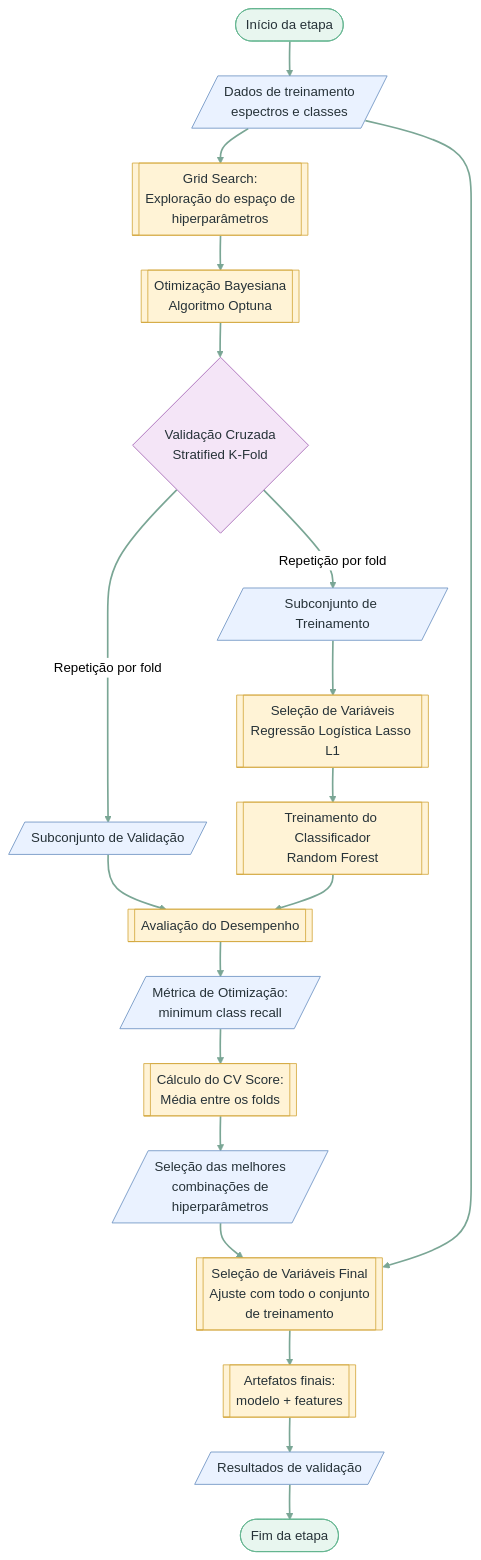
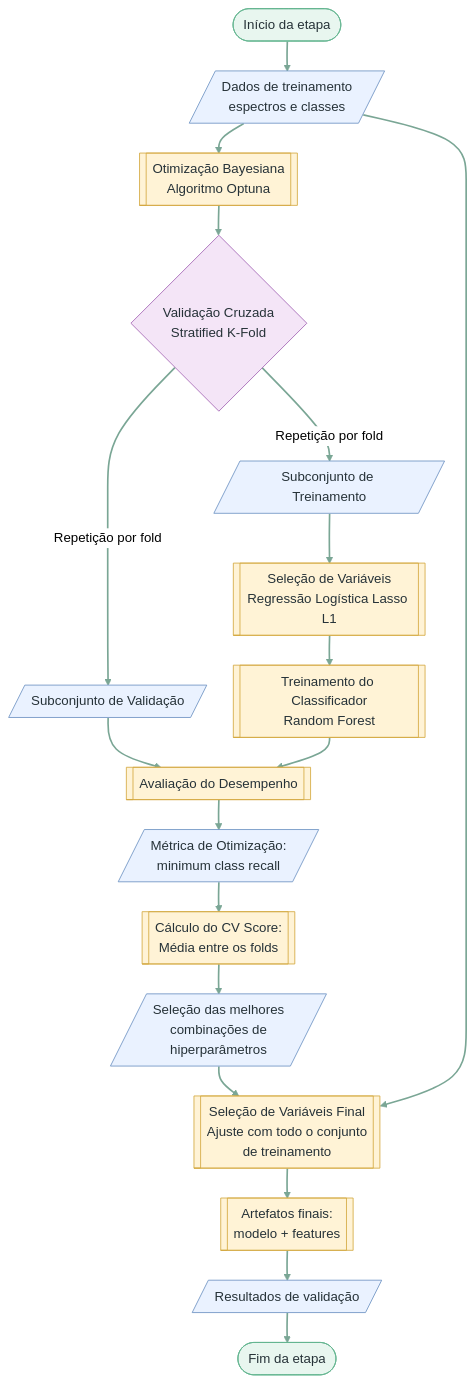
Before and after one commit to A-malta/coffee-nir-quality: the fourth of 4 diagrams in README.md, drawn with Mermaid. The commit also changed other lines of this file and 8 other files, not shown here.

````diff
--- a/README.md
+++ b/README.md
@@ -230,47 +267,46 @@
 ```mermaid
 ---
 config:
   theme: neutral
   look: classic
   flowchart:
     curve: basis
-    nodeSpacing: 36
-    rankSpacing: 42
+    nodeSpacing: 32
+    rankSpacing: 36
 ---
 flowchart TD
     A([Início da etapa]) --> B[/Dados de treinamento<br/>espectros e classes/]
-    B --> C[[Grid Search:<br/>Exploração do espaço de<br/>hiperparâmetros]]
-    C --> D[[Otimização Bayesiana<br/>Algoritmo Optuna]]
+    B --> D[[Otimização Bayesiana<br/>Algoritmo Optuna]]
     D --> E{Validação Cruzada<br/>Stratified K-Fold}
 
     E -- "Repetição por fold" --> F[/Subconjunto de Validação/]
     E -- "Repetição por fold" --> G[/Subconjunto de Treinamento/]
 
     G --> H[[Seleção de Variáveis<br/>Regressão Logística Lasso L1]]
     H --> I[[Treinamento do Classificador<br/>Random Forest]]
 
     F --> J[[Avaliação do Desempenho]]
     I --> J
 
     J --> K[/Métrica de Otimização:<br/>minimum class recall/]
     K --> L[[Cálculo do CV Score:<br/>Média entre os folds]]
     L --> M[/Seleção das melhores<br/>combinações de<br/>hiperparâmetros/]
 
     M --> N[[Seleção de Variáveis Final<br/>Ajuste com todo o conjunto<br/>de treinamento]]
     B --> N
     N --> O[[Artefatos finais:<br/>modelo + features]]
     O --> P[/Resultados de validação/]
     P --> Q([Fim da etapa])
 
     classDef terminador fill:#E8F6EF,stroke:#62B58F,color:#263238
     classDef dados fill:#EAF2FF,stroke:#6C91C2,color:#263238
     classDef processo fill:#FFF3D6,stroke:#D4A83F,color:#263238
     classDef decisao fill:#F4E5F7,stroke:#A363B3,color:#263238
 
     class A,Q terminador
     class B,F,G,K,M,P dados
-    class C,D,H,I,J,L,N,O processo
+    class D,H,I,J,L,N,O processo
     class E decisao
 
     linkStyle default stroke:#7AA695,stroke-width:2px
 ```
````
